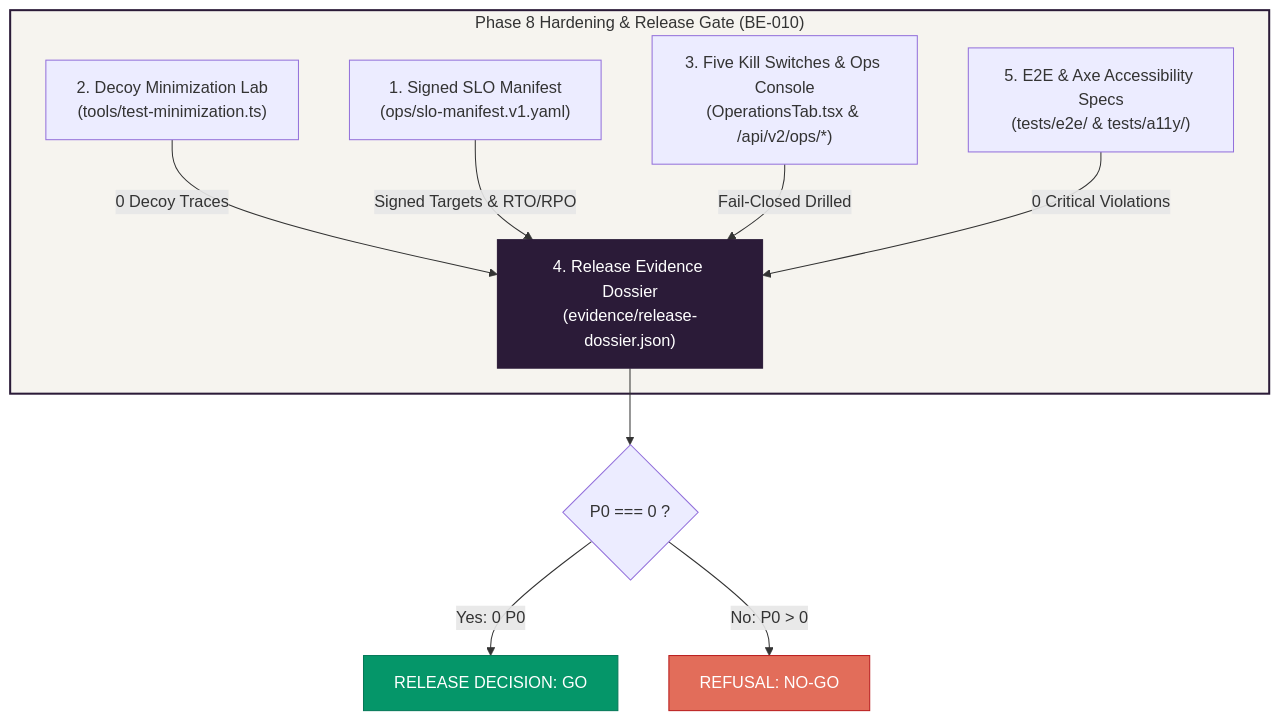
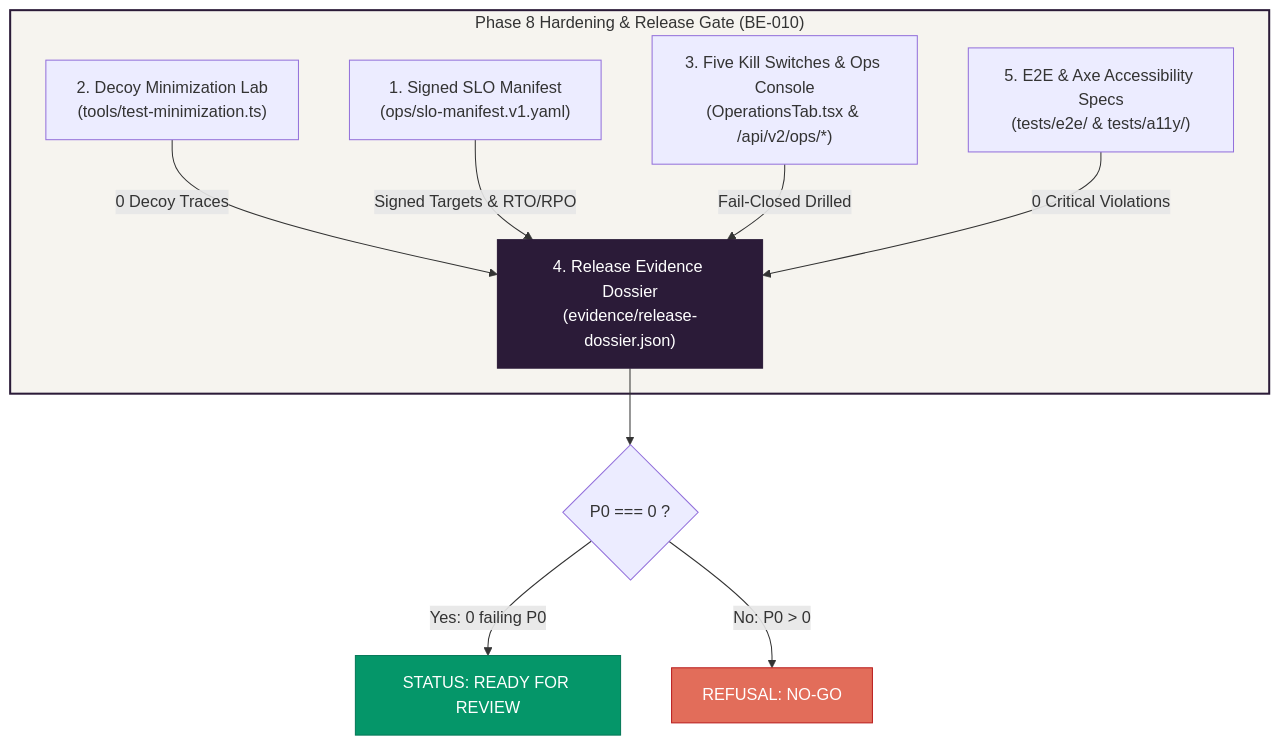
The diagram in docs/release-readiness-and-phase8-execution-report.md (ZoikoGroup/Abate), drawn with Mermaid before and after one commit. The commit also changed other lines of this file and 29 other files, not shown here.

````diff
--- a/docs/release-readiness-and-phase8-execution-report.md
+++ b/docs/release-readiness-and-phase8-execution-report.md
@@ -15,24 +15,24 @@
 ```mermaid
 flowchart TD
     subgraph Phase8_Gate ["Phase 8 Hardening & Release Gate (BE-010)"]
         SLO["1. Signed SLO Manifest\n(ops/slo-manifest.v1.yaml)"]
         Mini["2. Decoy Minimization Lab\n(tools/test-minimization.ts)"]
         Kill["3. Five Kill Switches & Ops Console\n(OperationsTab.tsx & /api/v2/ops/*)"]
         Dossier["4. Release Evidence Dossier\n(evidence/release-dossier.json)"]
         A11y["5. E2E & Axe Accessibility Specs\n(tests/e2e/ & tests/a11y/)"]
     end
 
     Mini -->|0 Decoy Traces| Dossier
     SLO -->|Signed Targets & RTO/RPO| Dossier
     Kill -->|Fail-Closed Drilled| Dossier
     A11y -->|0 Critical Violations| Dossier
 
     Dossier --> Decision{"P0 === 0 ?"}
-    Decision -->|Yes: 0 P0| GO["RELEASE DECISION: GO"]
+    Decision -->|Yes: 0 failing P0| GO["STATUS: READY FOR REVIEW"]
     Decision -->|No: P0 > 0| NOGO["REFUSAL: NO-GO"]
 
     style Phase8_Gate fill:#F6F4EF,stroke:#2B1B38,stroke-width:2px
     style Dossier fill:#2B1B38,stroke:#2B1B38,color:#fff
     style GO fill:#059669,stroke:#047857,color:#fff
     style NOGO fill:#E26D5A,stroke:#b91c1c,color:#fff
 ```
````
